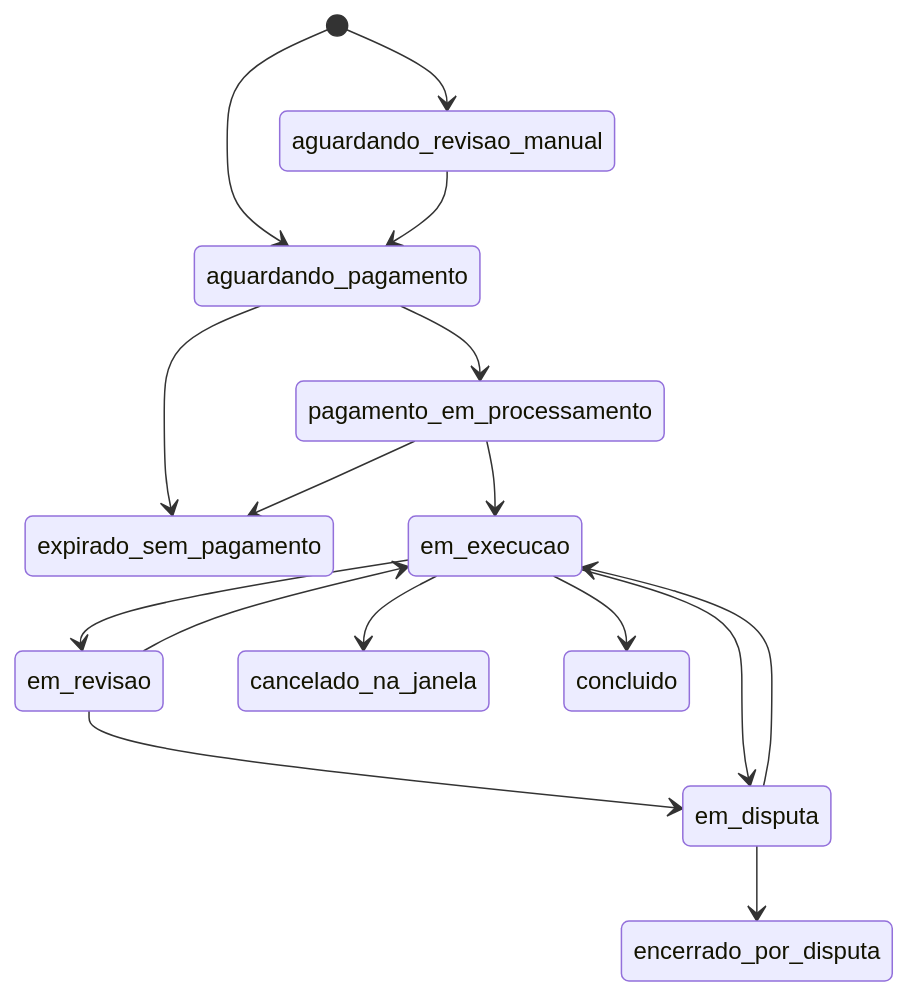
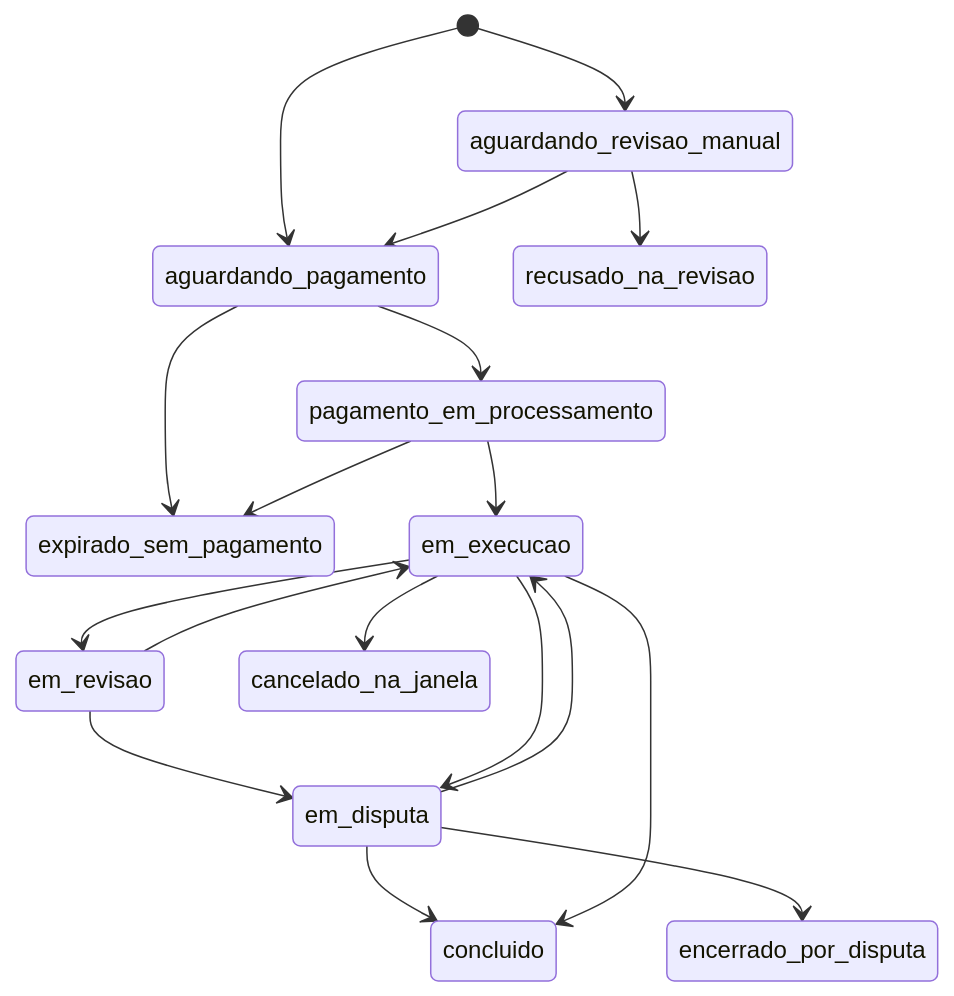
Before and after one commit to marcotuliobsouza/influentz-spec: the third of 4 diagrams in docs/MAQUINA-DE-ESTADOS.md, drawn with Mermaid. The commit also changed other lines of this file and 8 other files, not shown here.

````diff
--- a/docs/MAQUINA-DE-ESTADOS.md
+++ b/docs/MAQUINA-DE-ESTADOS.md
@@ -261,18 +306,20 @@
 ```mermaid
 stateDiagram-v2
     [*] --> aguardando_revisao_manual
     [*] --> aguardando_pagamento
     aguardando_revisao_manual --> aguardando_pagamento
+    aguardando_revisao_manual --> recusado_na_revisao
     aguardando_pagamento --> pagamento_em_processamento
     aguardando_pagamento --> expirado_sem_pagamento
     pagamento_em_processamento --> em_execucao
     pagamento_em_processamento --> expirado_sem_pagamento
     em_execucao --> em_revisao
     em_revisao --> em_execucao
     em_execucao --> cancelado_na_janela
     em_revisao --> em_disputa
     em_execucao --> em_disputa
+    em_disputa --> em_execucao
+    em_disputa --> concluido
     em_disputa --> encerrado_por_disputa
-    em_disputa --> em_execucao
     em_execucao --> concluido
 ```
````
